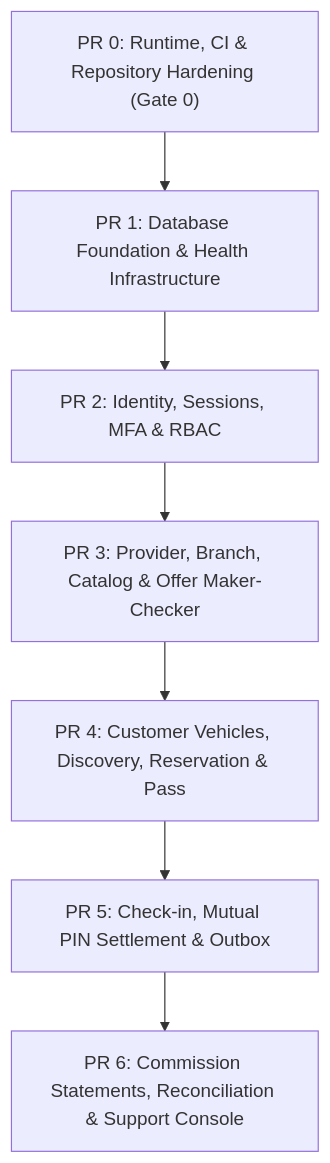
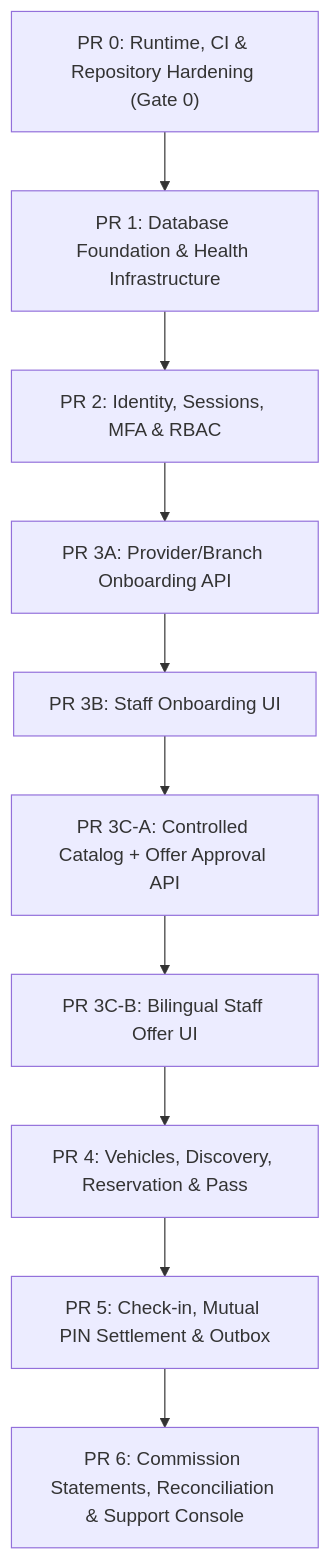
Before and after one commit to MohamedHanyAhmed/waffarhacars: the third of 3 diagrams in docs/13-production-foundation-plan.md, drawn with Mermaid. The commit also changed other lines of this file and 32 other files, not shown here.

First line of the commit message:
feat: add controlled catalog and offer approval APIs (#25)

````diff
--- a/docs/13-production-foundation-plan.md
+++ b/docs/13-production-foundation-plan.md
@@ -411,9 +411,12 @@
 ```mermaid
 graph TD
     PR0["PR 0: Runtime, CI & Repository Hardening (Gate 0)"] --> PR1["PR 1: Database Foundation & Health Infrastructure"]
     PR1 --> PR2["PR 2: Identity, Sessions, MFA & RBAC"]
-    PR2 --> PR3["PR 3: Provider, Branch, Catalog & Offer Maker-Checker"]
-    PR3 --> PR4["PR 4: Customer Vehicles, Discovery, Reservation & Pass"]
+    PR2 --> PR3A["PR 3A: Provider/Branch Onboarding API"]
+    PR3A --> PR3B["PR 3B: Staff Onboarding UI"]
+    PR3B --> PR3CA["PR 3C-A: Controlled Catalog + Offer Approval API"]
+    PR3CA --> PR3CB["PR 3C-B: Bilingual Staff Offer UI"]
+    PR3CB --> PR4["PR 4: Vehicles, Discovery, Reservation & Pass"]
     PR4 --> PR5["PR 5: Check-in, Mutual PIN Settlement & Outbox"]
     PR5 --> PR6["PR 6: Commission Statements, Reconciliation & Support Console"]
 ```
````
